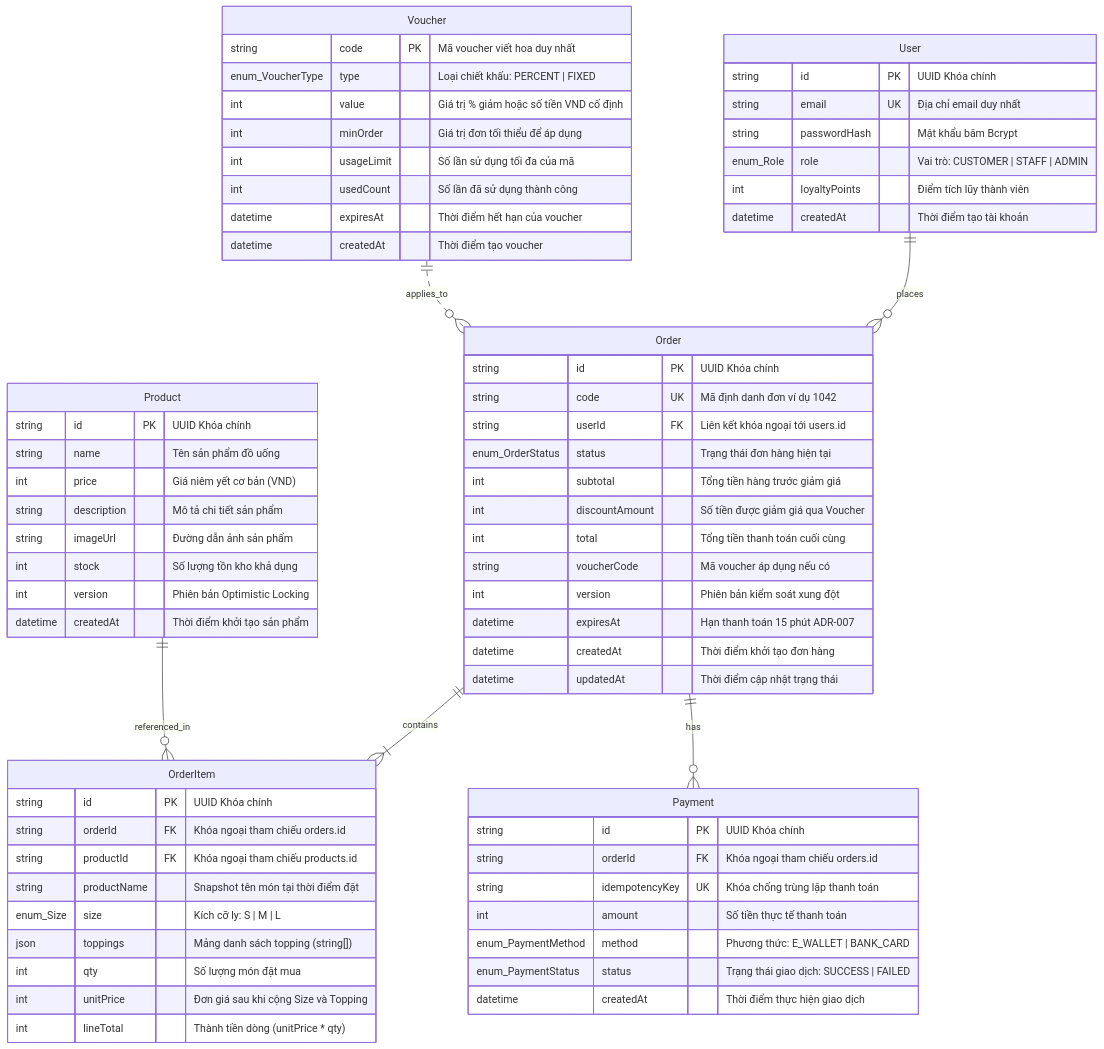
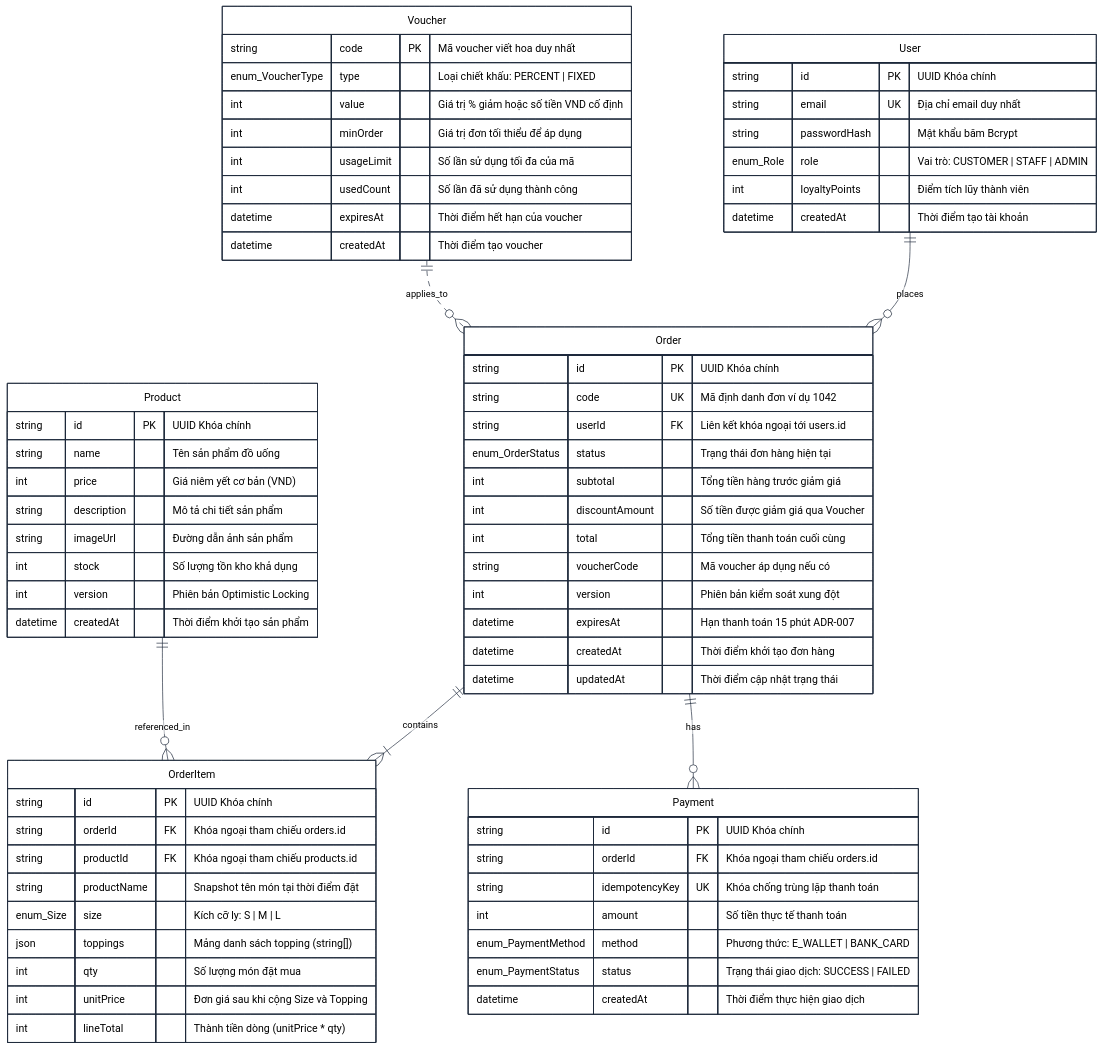
The eighth of 11 diagrams in docs/SYSTEM_ARCHITECTURE_DIAGRAMS.md (ThuanTran260/CNPM-BrewLite), drawn with Mermaid before and after one commit. The commit also changed other lines of this file and 27 other files, not shown here.

Commit message:
docs: standardize diagrams with high contrast black text, add 2-tier use case models, svg vector exports and drawio guide

````diff
--- a/docs/SYSTEM_ARCHITECTURE_DIAGRAMS.md
+++ b/docs/SYSTEM_ARCHITECTURE_DIAGRAMS.md
@@ -495,6 +715,18 @@
 ```mermaid
+%%{init: {
+  'theme': 'base',
+  'themeVariables': {
+    'primaryColor': '#ffffff',
+    'primaryTextColor': '#000000',
+    'primaryBorderColor': '#1e293b',
+    'lineColor': '#1e293b',
+    'secondaryColor': '#fef3c7',
+    'tertiaryColor': '#ffffff',
+    'fontFamily': 'Segoe UI, Arial, sans-serif'
+  }
+}}%%
 erDiagram
-    %% Định nghĩa các thực thể và quan hệ
+    %% Định nghĩa các thực thể và quan hệ chuẩn hóa 100% Prisma Schema
     User ||--o{ Order : "places"
     Order ||--|{ OrderItem : "contains"
     Product ||--o{ OrderItem : "referenced_in"
````
